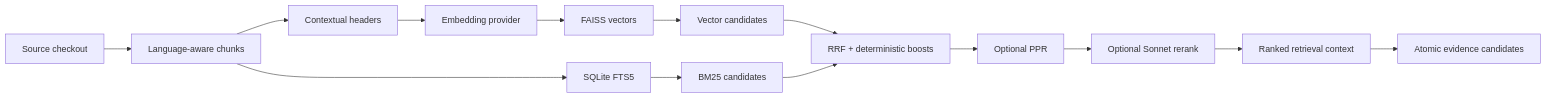
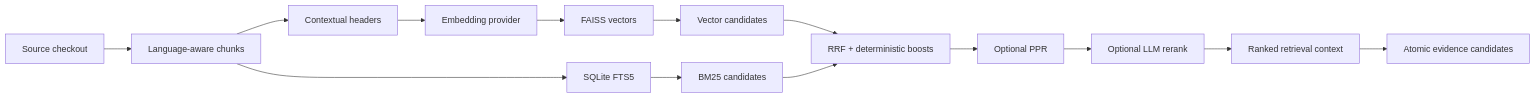
One commit to brandyn-s/code-search changed the diagram in README.md. Above: the diagram before and after it, drawn with Mermaid. The commit also changed other lines of this file and 55 other files, not shown here.

````diff
--- a/README.md
+++ b/README.md
@@ -53,16 +83,16 @@
 ```mermaid
 flowchart LR
     A[Source checkout] --> B[Language-aware chunks]
     B --> C[Contextual headers]
     C --> D[Embedding provider]
     D --> E[FAISS vectors]
     B --> F[SQLite FTS5]
     E --> G[Vector candidates]
     F --> H[BM25 candidates]
     G --> I[RRF + deterministic boosts]
     H --> I
     I --> J[Optional PPR]
-    J --> K[Optional Sonnet rerank]
+    J --> K[Optional LLM rerank]
     K --> L[Ranked retrieval context]
     L --> M[Atomic evidence candidates]
 ```
````
